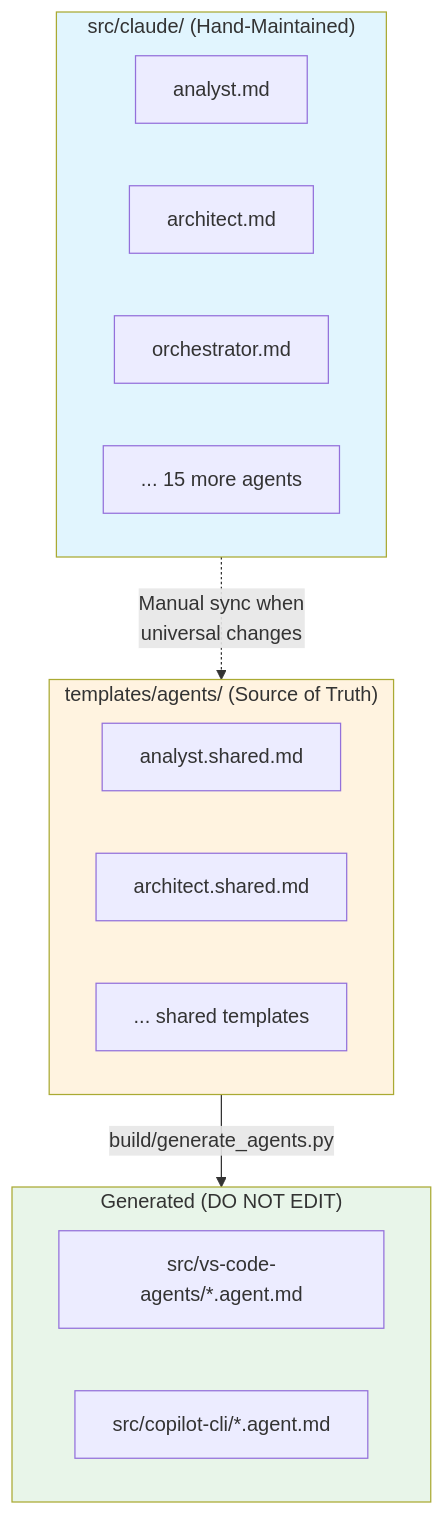
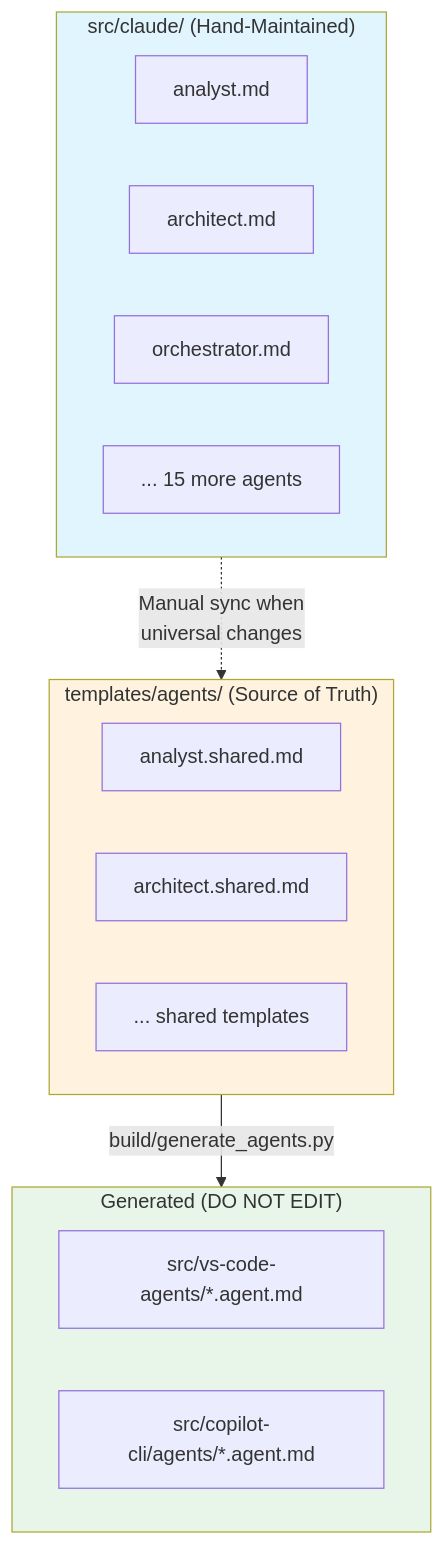
The diagram in .claude/agents/AGENTS.md (rjmurillo/ai-agents), drawn with Mermaid before and after one commit. The commit also changed 3 other files, not shown here.

````diff
--- a/.claude/agents/AGENTS.md
+++ b/.claude/agents/AGENTS.md
@@ -105,27 +105,27 @@
 ```mermaid
 flowchart TD
     subgraph Claude["src/claude/ (Hand-Maintained)"]
         CL1[analyst.md]
         CL2[architect.md]
         CL3[orchestrator.md]
         CLN[... 15 more agents]
     end
 
     subgraph Templates["templates/agents/ (Source of Truth)"]
         TM1[analyst.shared.md]
         TM2[architect.shared.md]
         TMN[... shared templates]
     end
 
     subgraph Generated["Generated (DO NOT EDIT)"]
         VS[src/vs-code-agents/*.agent.md]
-        CP[src/copilot-cli/*.agent.md]
+        CP[src/copilot-cli/agents/*.agent.md]
     end
 
     Claude -.->|Manual sync when<br>universal changes| Templates
     Templates -->|build/generate_agents.py| Generated
 
     style Claude fill:#e1f5fe
     style Templates fill:#fff3e0
     style Generated fill:#e8f5e9
 ```
````
